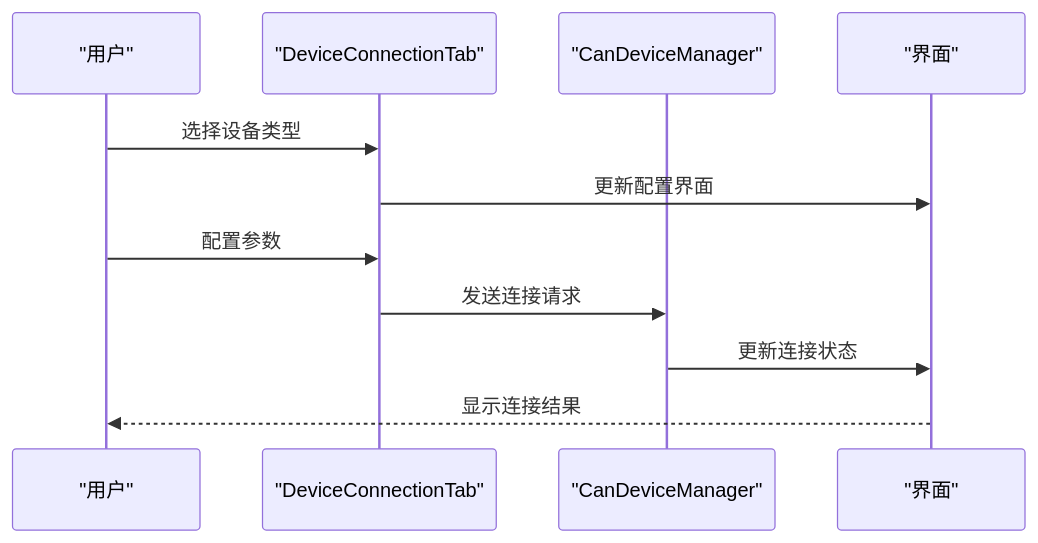
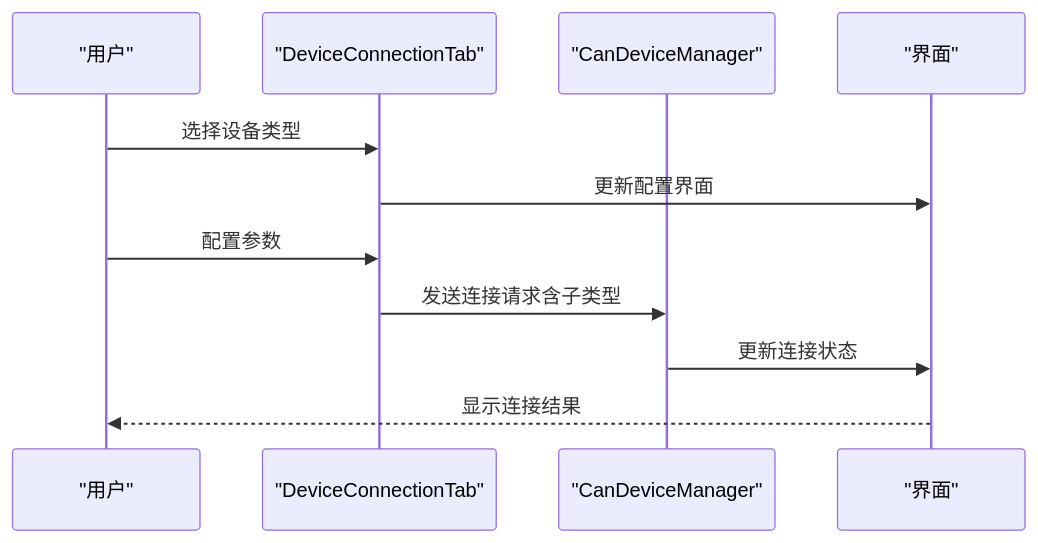
Before and after one commit to jakecai1225-design/OpenBus: the fifth of 10 diagrams in .qoder/repowiki/zh/content/核心模块详解/主窗口组件.md, drawn with Mermaid. The commit also changed other lines of this file and 109 other files, not shown here.

````diff
--- a/.qoder/repowiki/zh/content/核心模块详解/主窗口组件.md
+++ b/.qoder/repowiki/zh/content/核心模块详解/主窗口组件.md
@@ -366,13 +392,13 @@
 ```mermaid
 sequenceDiagram
 participant User as "用户"
 participant DCT as "DeviceConnectionTab"
 participant CDM as "CanDeviceManager"
 participant UI as "界面"
 User->>DCT : 选择设备类型
 DCT->>UI : 更新配置界面
 User->>DCT : 配置参数
-DCT->>CDM : 发送连接请求
+DCT->>CDM : 发送连接请求含子类型
 CDM->>UI : 更新连接状态
 UI-->>User : 显示连接结果
 ```
````
